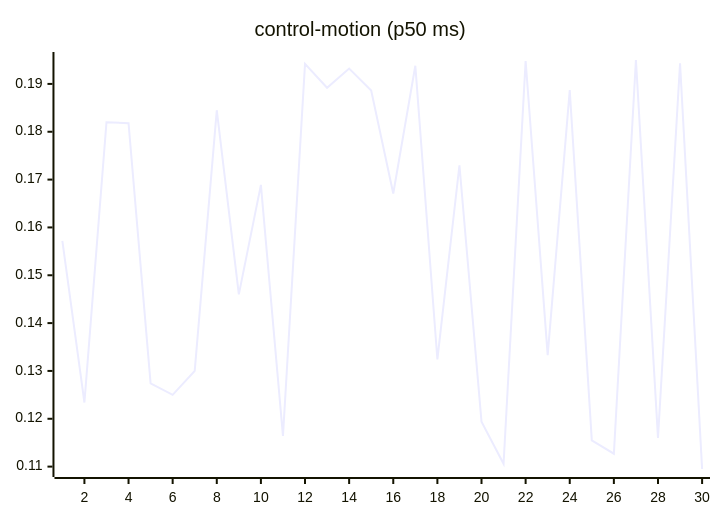
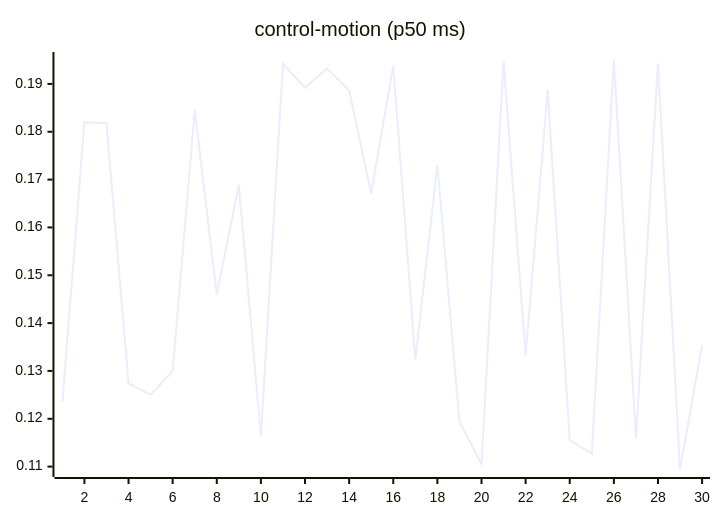
Before and after one commit to josha/Facet: the seventh of 27 diagrams in README.md, drawn with Mermaid. The commit also changed other lines of this file and 2 other files, not shown here.

````diff
--- a/README.md
+++ b/README.md
@@ -105,6 +105,6 @@
 ```mermaid
 xychart-beta
     title "control-motion (p50 ms)"
     x-axis 1 --> 30
-    line [0.1572, 0.1234, 0.1820, 0.1818, 0.1274, 0.1250, 0.1300, 0.1845, 0.1460, 0.1689, 0.1164, 0.1942, 0.1892, 0.1932, 0.1886, 0.1671, 0.1938, 0.1324, 0.1730, 0.1194, 0.1106, 0.1948, 0.1333, 0.1887, 0.1155, 0.1127, 0.1950, 0.1160, 0.1943, 0.1095]
+    line [0.1234, 0.1820, 0.1818, 0.1274, 0.1250, 0.1300, 0.1845, 0.1460, 0.1689, 0.1164, 0.1942, 0.1892, 0.1932, 0.1886, 0.1671, 0.1938, 0.1324, 0.1730, 0.1194, 0.1106, 0.1948, 0.1333, 0.1887, 0.1155, 0.1127, 0.1950, 0.1160, 0.1943, 0.1095, 0.1354]
 ```
````
